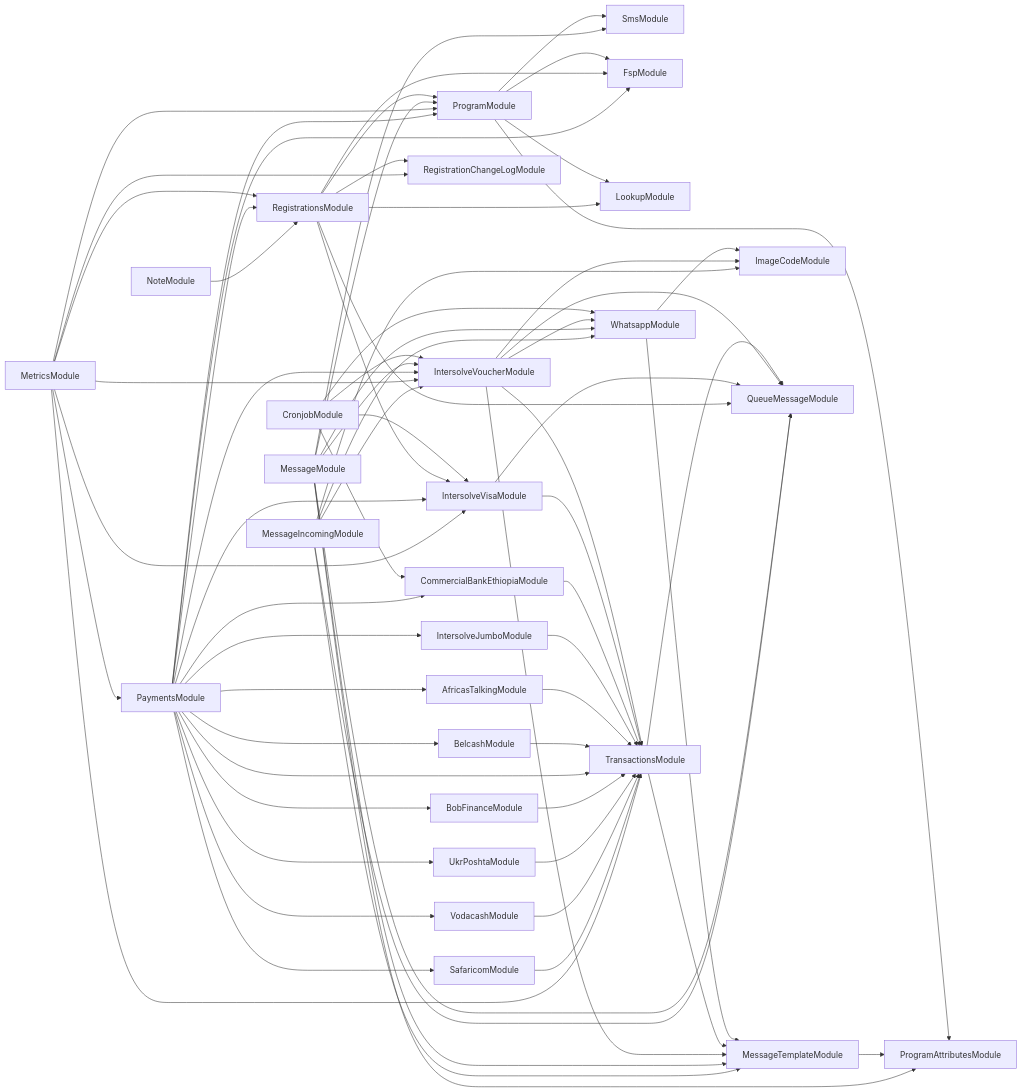
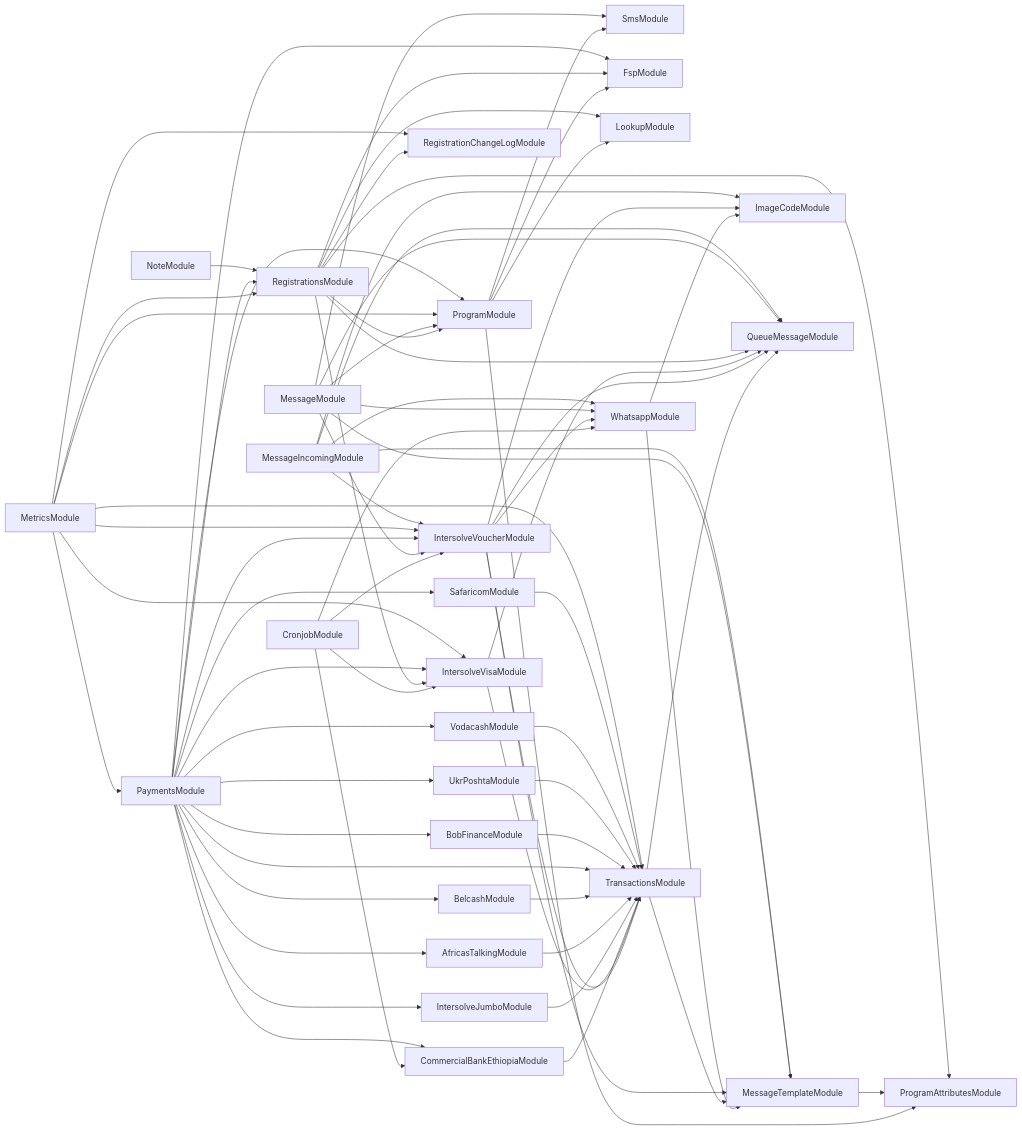
One commit to global-121/121-platform changed the diagram in services/121-service/module-dependencies.md. Above: the diagram before and after it, drawn with Mermaid. The commit also changed 5 other files, not shown here.

````diff
--- a/services/121-service/module-dependencies.md
+++ b/services/121-service/module-dependencies.md
@@ -3,71 +3,71 @@
 ```mermaid
 graph LR
   ProgramModule-->SmsModule
   ProgramModule-->FspModule
   ProgramModule-->LookupModule
   ProgramModule-->ProgramAttributesModule
   MessageTemplateModule-->ProgramAttributesModule
   CronjobModule-->WhatsappModule
   WhatsappModule-->ImageCodeModule
   WhatsappModule-->MessageTemplateModule
   CronjobModule-->IntersolveVoucherModule
   IntersolveVoucherModule-->ImageCodeModule
   IntersolveVoucherModule-->TransactionsModule
   TransactionsModule-->QueueMessageModule
   TransactionsModule-->MessageTemplateModule
   IntersolveVoucherModule-->WhatsappModule
   IntersolveVoucherModule-->QueueMessageModule
   IntersolveVoucherModule-->MessageTemplateModule
   CronjobModule-->IntersolveVisaModule
   IntersolveVisaModule-->TransactionsModule
   IntersolveVisaModule-->QueueMessageModule
   CronjobModule-->CommercialBankEthiopiaModule
   CommercialBankEthiopiaModule-->TransactionsModule
   RegistrationsModule-->LookupModule
   RegistrationsModule-->ProgramModule
   RegistrationsModule-->FspModule
   RegistrationsModule-->QueueMessageModule
   RegistrationsModule-->IntersolveVisaModule
   RegistrationsModule-->RegistrationChangeLogModule
+  RegistrationsModule-->ProgramAttributesModule
   MessageModule-->WhatsappModule
   MessageModule-->SmsModule
   MessageModule-->QueueMessageModule
   MessageModule-->IntersolveVoucherModule
   MessageModule-->MessageTemplateModule
   MessageModule-->ProgramModule
-  MessageModule-->ProgramAttributesModule
   MetricsModule-->ProgramModule
   MetricsModule-->RegistrationsModule
   MetricsModule-->PaymentsModule
   PaymentsModule-->FspModule
   PaymentsModule-->IntersolveVoucherModule
   PaymentsModule-->IntersolveVisaModule
   PaymentsModule-->IntersolveJumboModule
   IntersolveJumboModule-->TransactionsModule
   PaymentsModule-->AfricasTalkingModule
   AfricasTalkingModule-->TransactionsModule
   PaymentsModule-->BelcashModule
   BelcashModule-->TransactionsModule
   PaymentsModule-->TransactionsModule
   PaymentsModule-->BobFinanceModule
   BobFinanceModule-->TransactionsModule
   PaymentsModule-->UkrPoshtaModule
   UkrPoshtaModule-->TransactionsModule
   PaymentsModule-->VodacashModule
   VodacashModule-->TransactionsModule
   PaymentsModule-->SafaricomModule
   SafaricomModule-->TransactionsModule
   PaymentsModule-->CommercialBankEthiopiaModule
   PaymentsModule-->RegistrationsModule
   PaymentsModule-->ProgramModule
   MetricsModule-->TransactionsModule
   MetricsModule-->IntersolveVisaModule
   MetricsModule-->IntersolveVoucherModule
   MetricsModule-->RegistrationChangeLogModule
   MessageIncomingModule-->ImageCodeModule
   MessageIncomingModule-->IntersolveVoucherModule
   MessageIncomingModule-->WhatsappModule
   MessageIncomingModule-->QueueMessageModule
   MessageIncomingModule-->MessageTemplateModule
   NoteModule-->RegistrationsModule
 ```
````
